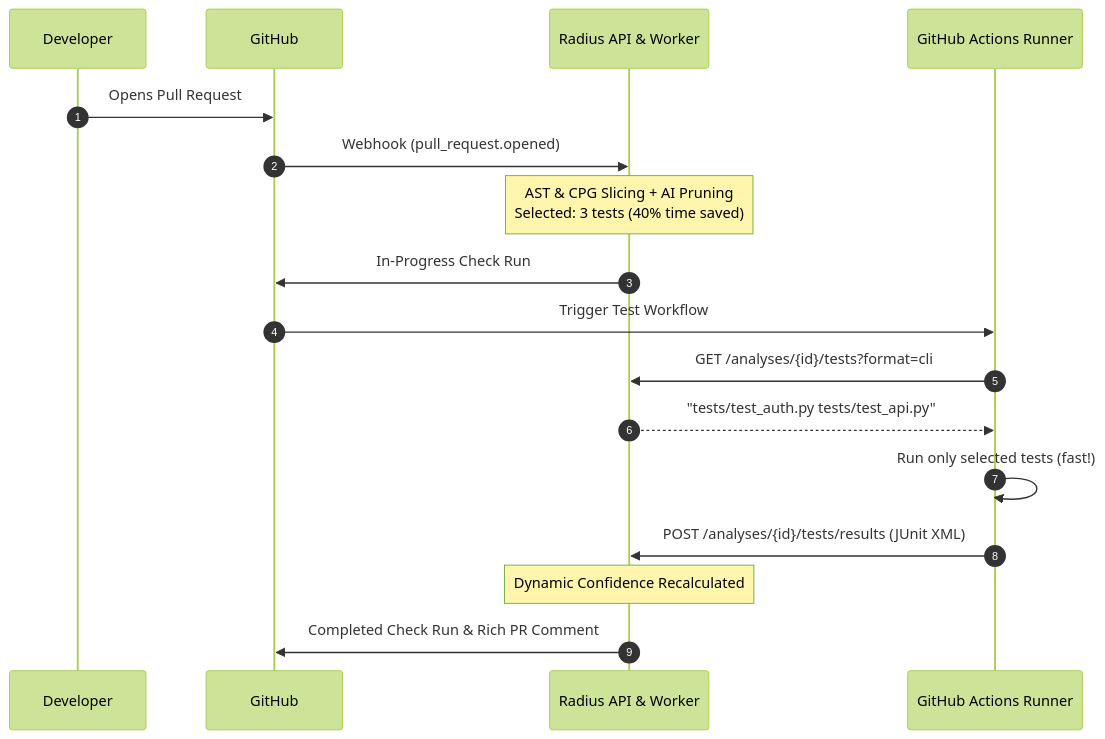
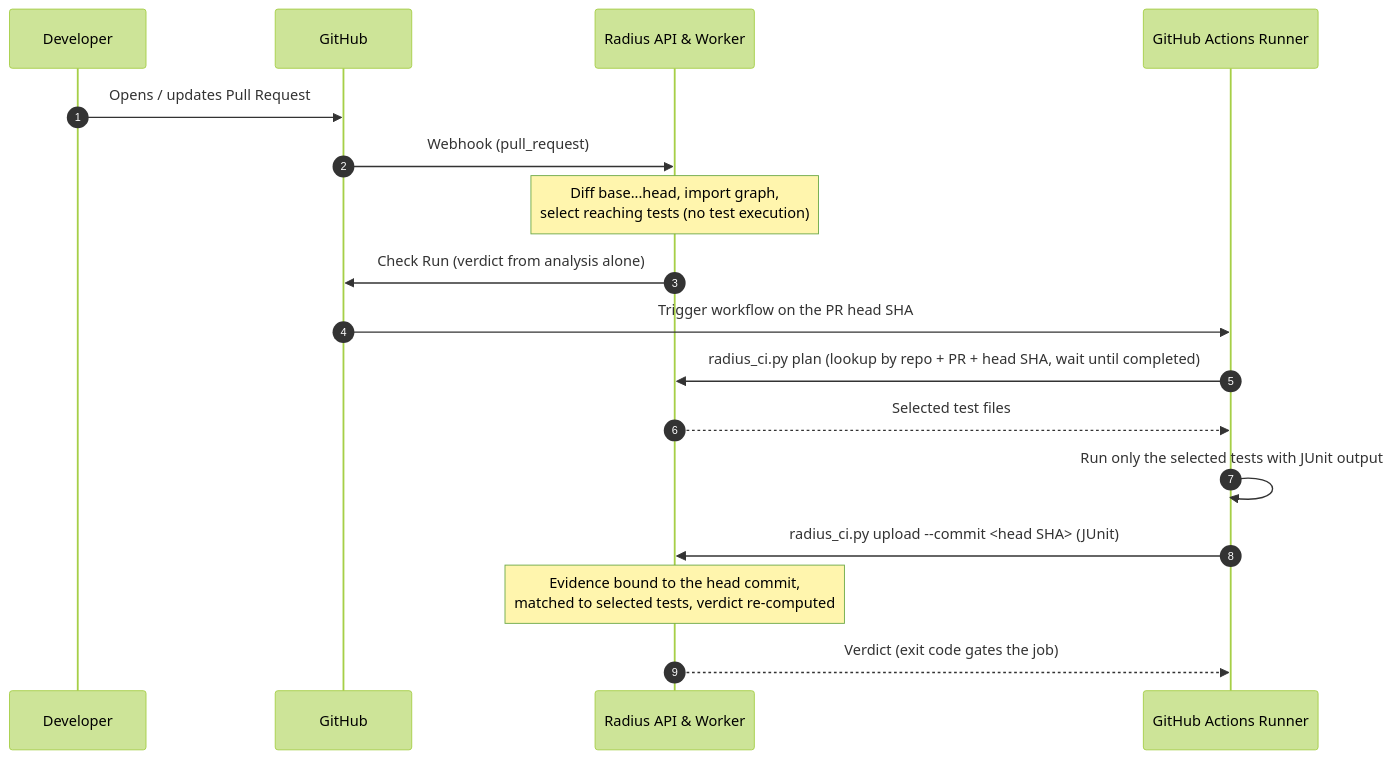
Before and after one commit to Mohith-c7/Radius: the diagram in docs/CI_INTEGRATION_GUIDE.md, drawn with Mermaid (forest theme). The commit also changed other lines of this file and 7 other files, not shown here.

````diff
--- a/docs/CI_INTEGRATION_GUIDE.md
+++ b/docs/CI_INTEGRATION_GUIDE.md
@@ -11,20 +11,20 @@
 ```mermaid
 sequenceDiagram
     autonumber
     participant Dev as Developer
     participant GH as GitHub
     participant Rad as Radius API & Worker
     participant CI as GitHub Actions Runner
 
-    Dev->>GH: Opens Pull Request
-    GH->>Rad: Webhook (pull_request.opened)
-    Note over Rad: AST & CPG Slicing + AI Pruning<br/>Selected: 3 tests (40% time saved)
-    Rad->>GH: In-Progress Check Run
-    GH->>CI: Trigger Test Workflow
-    CI->>Rad: GET /analyses/{id}/tests?format=cli
-    Rad-->>CI: "tests/test_auth.py tests/test_api.py"
-    CI->>CI: Run only selected tests (fast!)
-    CI->>Rad: POST /analyses/{id}/tests/results (JUnit XML)
-    Note over Rad: Dynamic Confidence Recalculated
-    Rad->>GH: Completed Check Run & Rich PR Comment
+    Dev->>GH: Opens / updates Pull Request
+    GH->>Rad: Webhook (pull_request)
+    Note over Rad: Diff base...head, import graph,<br/>select reaching tests (no test execution)
+    Rad->>GH: Check Run (verdict from analysis alone)
+    GH->>CI: Trigger workflow on the PR head SHA
+    CI->>Rad: radius_ci.py plan (lookup by repo + PR + head SHA, wait until completed)
+    Rad-->>CI: Selected test files
+    CI->>CI: Run only the selected tests with JUnit output
+    CI->>Rad: radius_ci.py upload --commit <head SHA> (JUnit)
+    Note over Rad: Evidence bound to the head commit,<br/>matched to selected tests, verdict re-computed
+    Rad-->>CI: Verdict (exit code gates the job)
 ```
````
